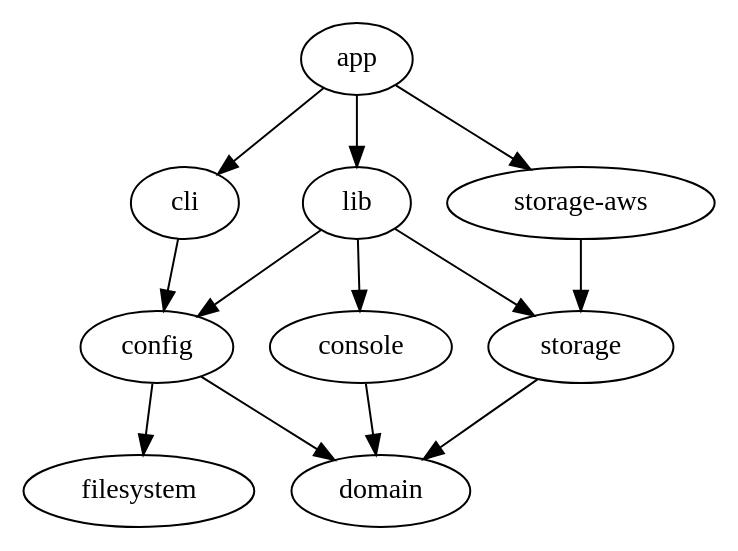
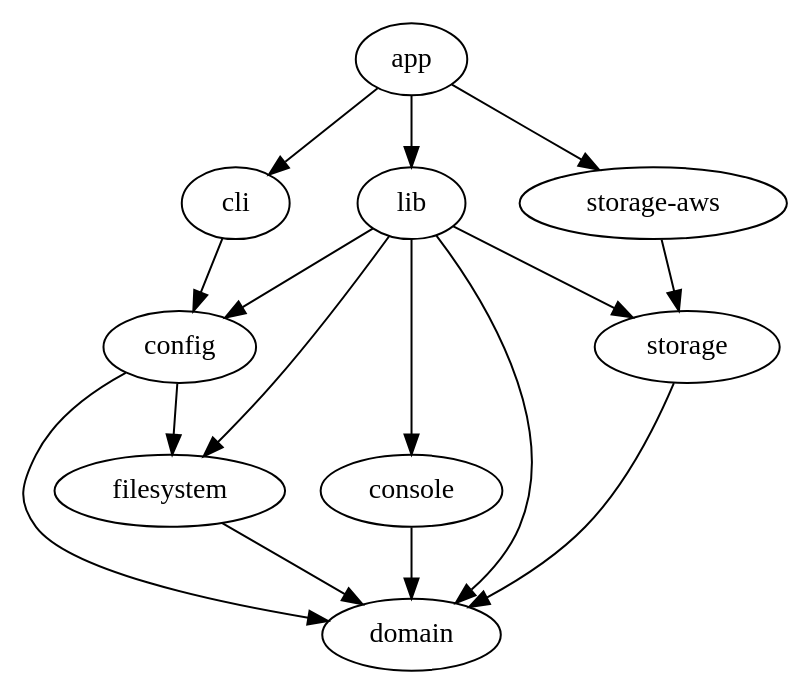
Before and after one commit to kemitix/thorp: the diagram in modules.dot, drawn with Graphviz. The commit also changed 19 other files, not shown here.

```diff
--- a/modules.dot
+++ b/modules.dot
@@ -1,35 +1,51 @@
 digraph deps {
 
 app -> cli
-cli -> config
 app -> lib
 app -> "storage-aws"
+
+cli -> config
+
+lib -> storage
+lib -> console
+lib -> config
+lib -> filesystem
+lib -> domain
+
 "storage-aws" -> storage
 
-lib -> storage -> domain
-                                    lib -> console -> domain
-                                    lib -> config -> domain
-                                          config -> filesystem
+config -> filesystem
+config -> domain
+
+storage -> domain
+
+console -> domain
+
+filesystem -> domain
 
 // current design
 //cli -> "thorp-lib" -> "storage-aws" -> core -> storage -> domain
 //                                    core -> console -> domain
 //                                    core -> config -> domain
 //                                          config -> filesystem
 }
 
 //PHASE 1
 // add app that depends on cli and thorp-lib
 // move non-cli specific to app
 // make cli depend on config
 // make cli not depend on thorp-lib
 
 //PHASE 2
 // make app depend on storage-aws
 // make thorp-lib depend on core
 // make thorp-lib not depend on storage-aws
 // make storage-aws depend on storage
+// make storage-aws depend on console
+// make storage-aws depend on filesystem
 // make storage-aws not depend on core
 
 //PHASE 3
 // merge core and throp-lib as lib
+// make lib depend on filesystem
+// make lib depend on domain
```
